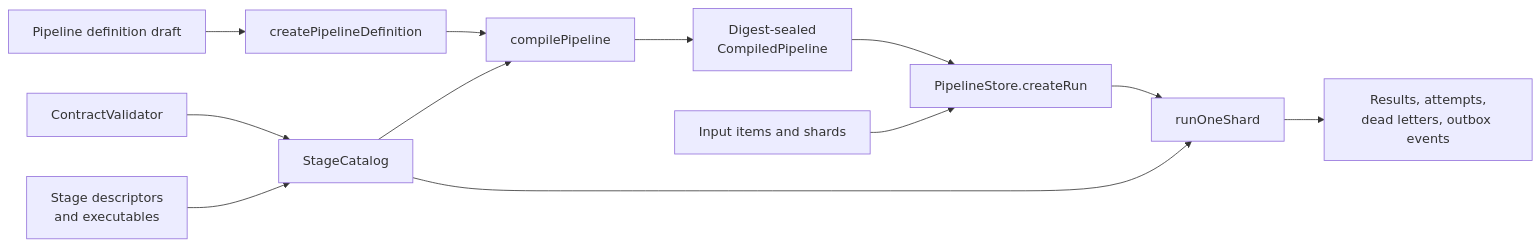
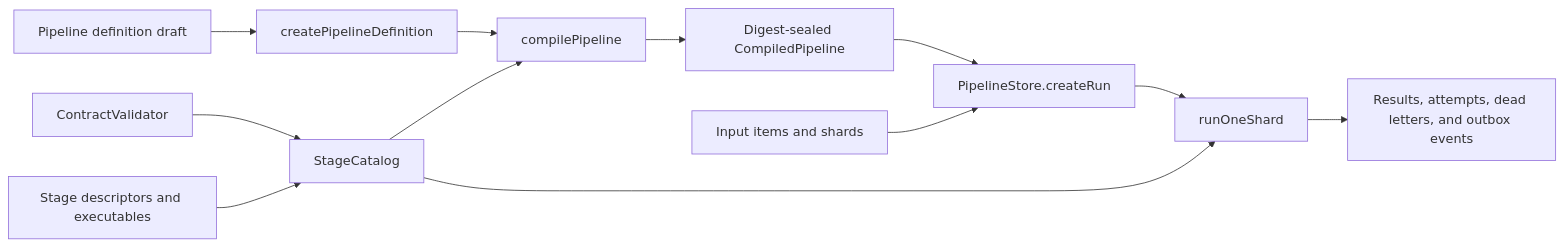
The diagram in docs/README.md (scshafe/switchyard), drawn with Mermaid before and after one commit. The commit also changed 2 other files, not shown here.

Commit message:
docs: fix GitHub Mermaid rendering

````diff
--- a/docs/README.md
+++ b/docs/README.md
@@ -10,14 +10,14 @@
 ```mermaid
 flowchart LR
-    Contracts[ContractValidator] --> Catalog[StageCatalog]
-    Stages[Stage descriptors<br/>and executables] --> Catalog
-    Draft[Pipeline definition draft] --> Seal[createPipelineDefinition]
-    Seal --> Compile[compilePipeline]
+    Contracts["ContractValidator"] --> Catalog["StageCatalog"]
+    Stages["Stage descriptors and executables"] --> Catalog
+    Draft["Pipeline definition draft"] --> Seal["createPipelineDefinition"]
+    Seal --> Compile["compilePipeline"]
     Catalog --> Compile
-    Compile --> Compiled[Digest-sealed<br/>CompiledPipeline]
-    Compiled --> Run[PipelineStore.createRun]
-    Items[Input items and shards] --> Run
-    Run --> Worker[runOneShard]
+    Compile --> Compiled["Digest-sealed CompiledPipeline"]
+    Compiled --> Run["PipelineStore.createRun"]
+    Items["Input items and shards"] --> Run
+    Run --> Worker["runOneShard"]
     Catalog --> Worker
-    Worker --> Evidence[Results, attempts,<br/>dead letters, outbox events]
+    Worker --> Evidence["Results, attempts, dead letters, and outbox events"]
 ```
````
